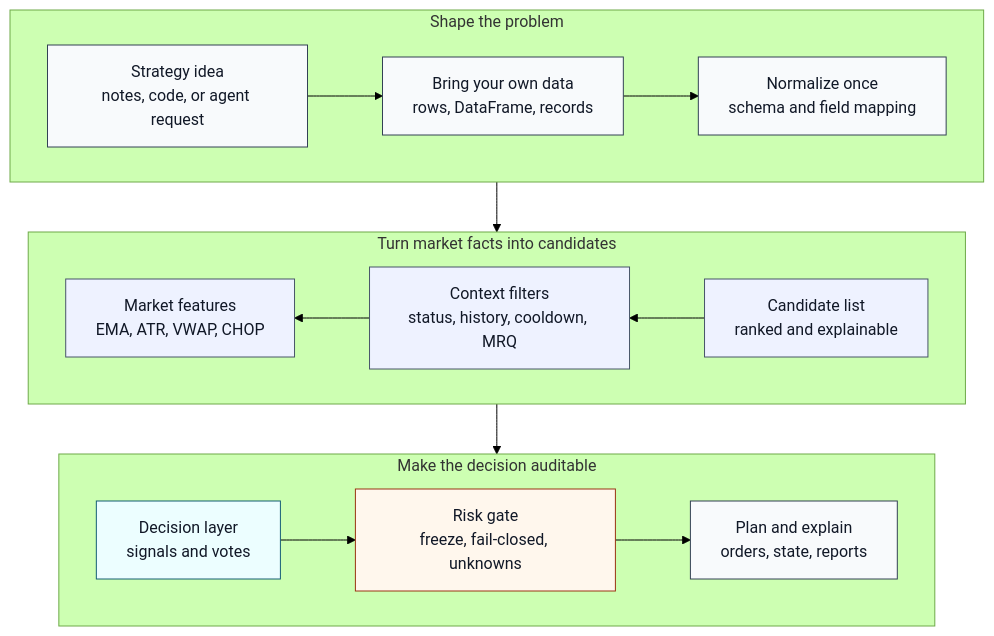
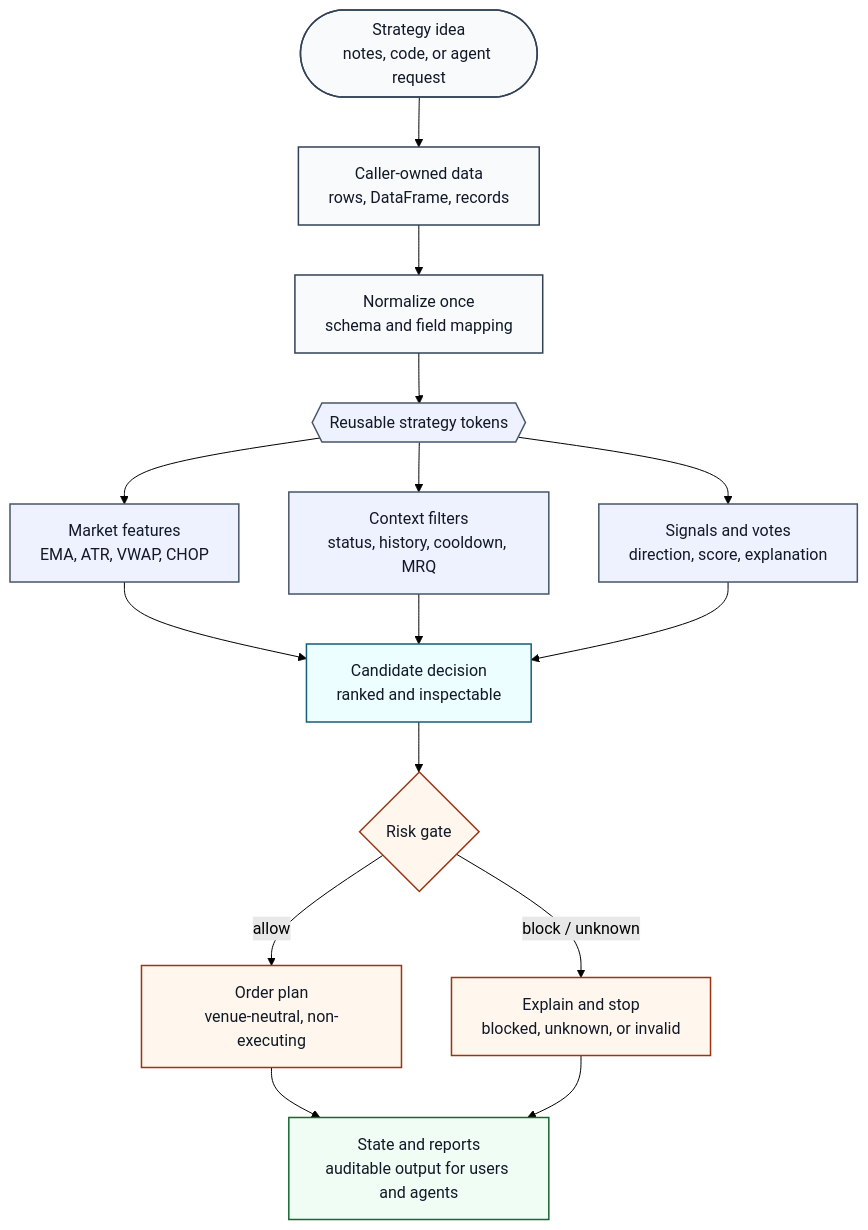
Before and after one commit to waswrsis/quant-strategy-tokenizer: the first of 2 diagrams in README.md, drawn with Mermaid (forest theme).

Commit message:
Simplify README strategy flowchart

````diff
--- a/README.md
+++ b/README.md
@@ -23,31 +23,37 @@
 ```mermaid
 flowchart TD
-    subgraph Row1["Shape the problem"]
-        direction LR
-        A["Strategy idea<br/>notes, code, or agent request"] --> B["Bring your own data<br/>rows, DataFrame, records"] --> C["Normalize once<br/>schema and field mapping"]
-    end
+    A(["Strategy idea<br/>notes, code, or agent request"])
+    B["Caller-owned data<br/>rows, DataFrame, records"]
+    C["Normalize once<br/>schema and field mapping"]
 
-    subgraph Row2["Turn market facts into candidates"]
-        direction RL
-        F["Candidate list<br/>ranked and explainable"] --> E["Context filters<br/>status, history, cooldown, MRQ"] --> D["Market features<br/>EMA, ATR, VWAP, CHOP"]
-    end
+    D{{"Reusable strategy tokens"}}
+    E["Market features<br/>EMA, ATR, VWAP, CHOP"]
+    F["Context filters<br/>status, history, cooldown, MRQ"]
+    G["Signals and votes<br/>direction, score, explanation"]
 
-    subgraph Row3["Make the decision auditable"]
-        direction LR
-        G["Decision layer<br/>signals and votes"] --> H["Risk gate<br/>freeze, fail-closed, unknowns"] --> I["Plan and explain<br/>orders, state, reports"]
-    end
+    H["Candidate decision<br/>ranked and inspectable"]
+    I{"Risk gate"}
+    J["Order plan<br/>venue-neutral, non-executing"]
+    K["Explain and stop<br/>blocked, unknown, or invalid"]
+    L["State and reports<br/>auditable output for users and agents"]
 
-    C --> D
-    F --> G
+    A --> B --> C --> D
+    D --> E --> H
+    D --> F --> H
+    D --> G --> H
+    H --> I
+    I -->|"allow"| J --> L
+    I -->|"block / unknown"| K --> L
 
-    classDef intake fill:#f8fafc,stroke:#334155,color:#111827;
-    classDef research fill:#eef2ff,stroke:#475569,color:#111827;
-    classDef decision fill:#ecfeff,stroke:#155e75,color:#111827;
-    classDef guard fill:#fff7ed,stroke:#9a3412,color:#111827;
+    classDef source fill:#f8fafc,stroke:#334155,color:#111827,stroke-width:1.5px;
+    classDef token fill:#eef2ff,stroke:#475569,color:#111827,stroke-width:1.5px;
+    classDef decision fill:#ecfeff,stroke:#155e75,color:#111827,stroke-width:1.5px;
+    classDef risk fill:#fff7ed,stroke:#9a3412,color:#111827,stroke-width:1.5px;
+    classDef output fill:#f0fdf4,stroke:#166534,color:#111827,stroke-width:1.5px;
 
-    class A,B,C intake;
-    class D,E,F research;
-    class G decision;
-    class H guard;
-    class I intake;
+    class A,B,C source;
+    class D,E,F,G token;
+    class H decision;
+    class I,J,K risk;
+    class L output;
 ```
````
